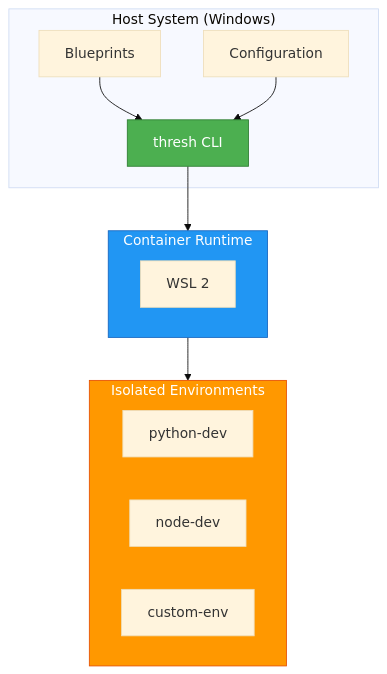
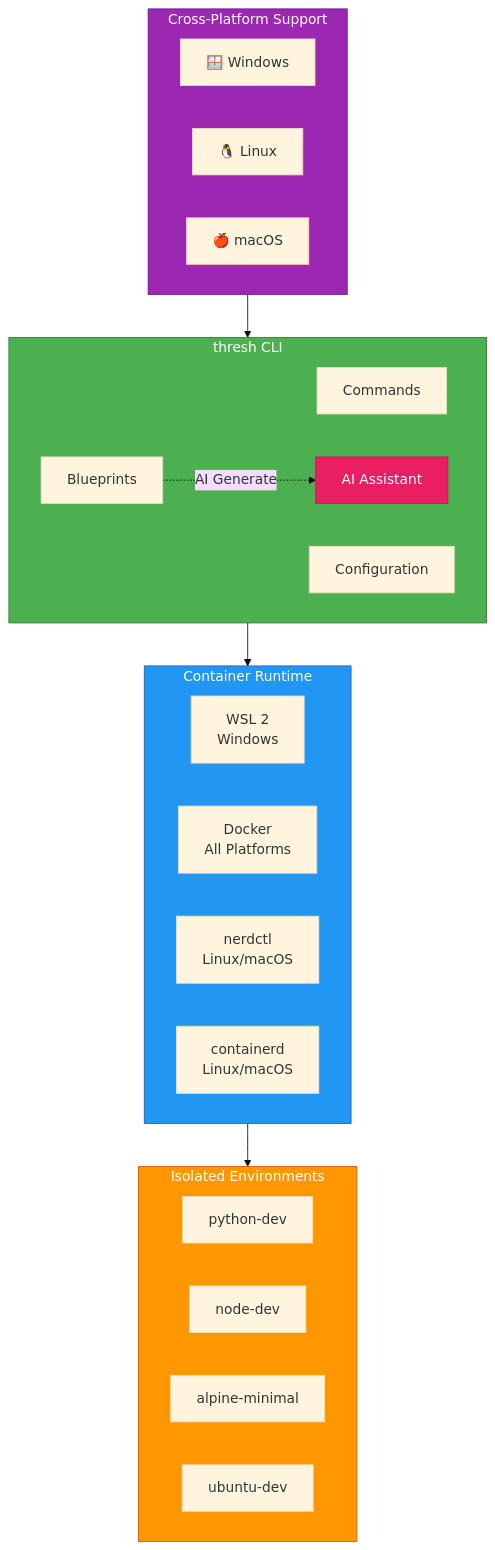
The diagram in website/docs/intro.md (dealer426/thresh), drawn with Mermaid (base theme) before and after one commit. The commit also changed other lines of this file, not shown here.

First line of the commit message:
docs: Update intro page architecture diagram and prerequisites for cross-platform support

````diff
--- a/website/docs/intro.md
+++ b/website/docs/intro.md
@@ -15,27 +15,41 @@
 ```mermaid
 graph TB
-    subgraph Host["Host System (Windows)"]
-        CLI[thresh CLI]
+    subgraph Platforms["Cross-Platform Support"]
+        direction LR
+        Win[🪟 Windows]
+        Lin[🐧 Linux]
+        Mac[🍎 macOS]
+    end
+    
+    subgraph CLI["thresh CLI"]
+        Commands[Commands]
         Blueprints[Blueprints]
         Config[Configuration]
+        AI[AI Assistant]
     end
     
     subgraph Runtime["Container Runtime"]
-        WSL[WSL 2]
+        WSL[WSL 2<br/>Windows]
+        Docker[Docker<br/>All Platforms]
+        Nerdctl[nerdctl<br/>Linux/macOS]
+        Containerd[containerd<br/>Linux/macOS]
     end
     
     subgraph Envs["Isolated Environments"]
         E1[python-dev]
         E2[node-dev]
-        E3[custom-env]
+        E3[alpine-minimal]
+        E4[ubuntu-dev]
     end
     
+    Platforms --> CLI
     CLI --> Runtime
-    Blueprints --> CLI
-    Config --> CLI
     Runtime --> Envs
+    Blueprints -.->|AI Generate| AI
     
     style CLI fill:#4CAF50,stroke:#2E7D32,color:#fff
     style Runtime fill:#2196F3,stroke:#1565C0,color:#fff
     style Envs fill:#FF9800,stroke:#E65100,color:#fff
+    style Platforms fill:#9C27B0,stroke:#6A1B9A,color:#fff
+    style AI fill:#E91E63,stroke:#C2185B,color:#fff
 ```
````
